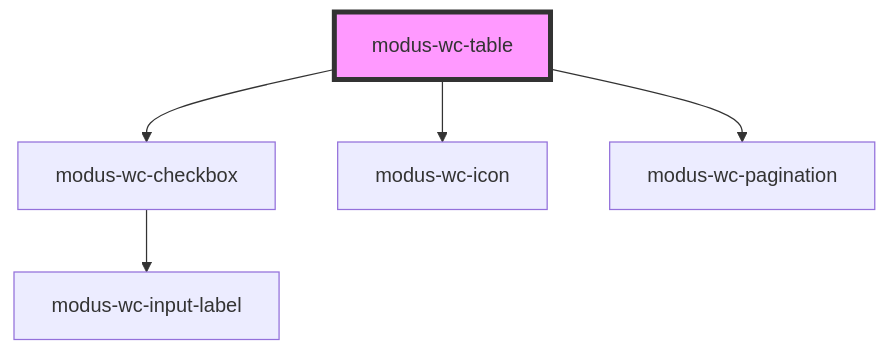
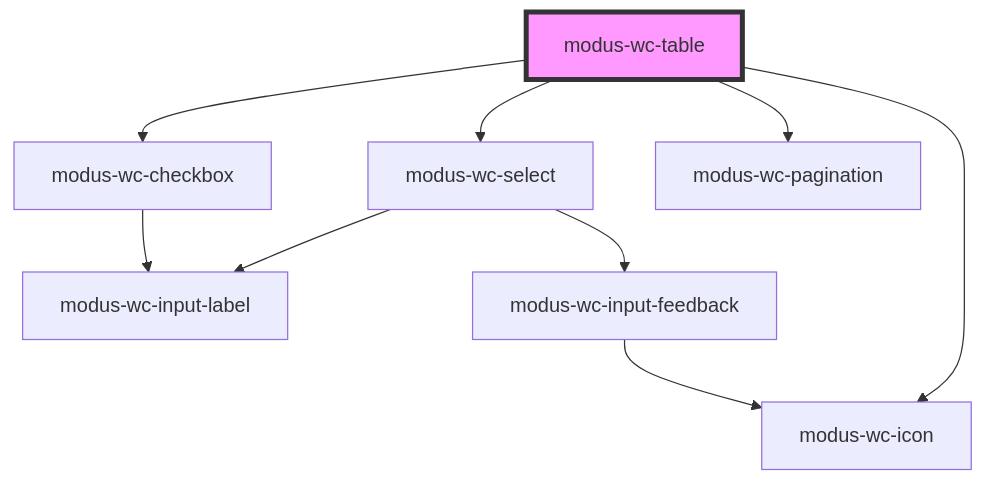
One commit to trimble-oss/modus-wc-2.0 changed the diagram in src/components/modus-wc-table/readme.md. Above: the diagram before and after it, drawn with Mermaid. The commit also changed other lines of this file and 5 other files, not shown here.

````diff
--- a/src/components/modus-wc-table/readme.md
+++ b/src/components/modus-wc-table/readme.md
@@ -50,8 +50,12 @@
 ```mermaid
 graph TD;
+  modus-wc-table --> modus-wc-select
   modus-wc-table --> modus-wc-checkbox
   modus-wc-table --> modus-wc-icon
   modus-wc-table --> modus-wc-pagination
+  modus-wc-select --> modus-wc-input-label
+  modus-wc-select --> modus-wc-input-feedback
+  modus-wc-input-feedback --> modus-wc-icon
   modus-wc-checkbox --> modus-wc-input-label
   style modus-wc-table fill:#f9f,stroke:#333,stroke-width:4px
 ```
````
